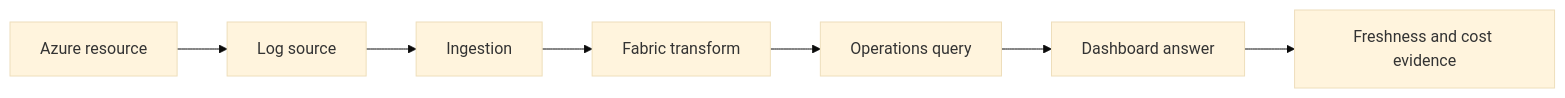
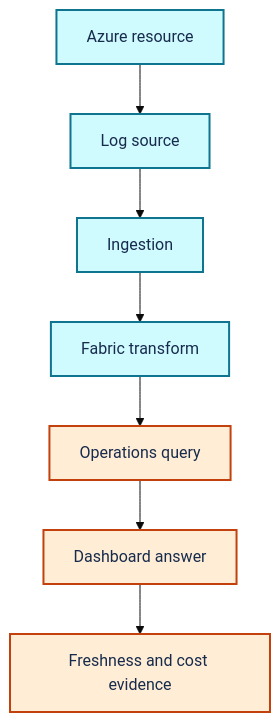
The diagram in site/content/docs/video-azure-logs-to-fabric-question.md (Acestus/portfolio), drawn with Mermaid (base theme) before and after one commit. The commit also changed 20 other files, not shown here.

Commit message:
Apply Mermaid and Pele style to video guides (#58)

````diff
--- a/site/content/docs/video-azure-logs-to-fabric-question.md
+++ b/site/content/docs/video-azure-logs-to-fabric-question.md
@@ -27,9 +27,15 @@
 ```mermaid
-flowchart LR
+flowchart TD
+  accTitle: From Azure logs to a Fabric operations question
   A[Azure resource] --> L[Log source]
   L --> I[Ingestion]
   I --> F[Fabric transform]
   F --> Q[Operations query]
   Q --> D[Dashboard answer]
   D --> E[Freshness and cost evidence]
+
+  classDef primary fill:#CFFAFE,stroke:#0E7490,color:#172B4D,stroke-width:2px
+  classDef secondary fill:#FFEDD5,stroke:#C2410C,color:#172B4D,stroke-width:2px
+  class A,L,I,F primary
+  class Q,D,E secondary
 ```
````
